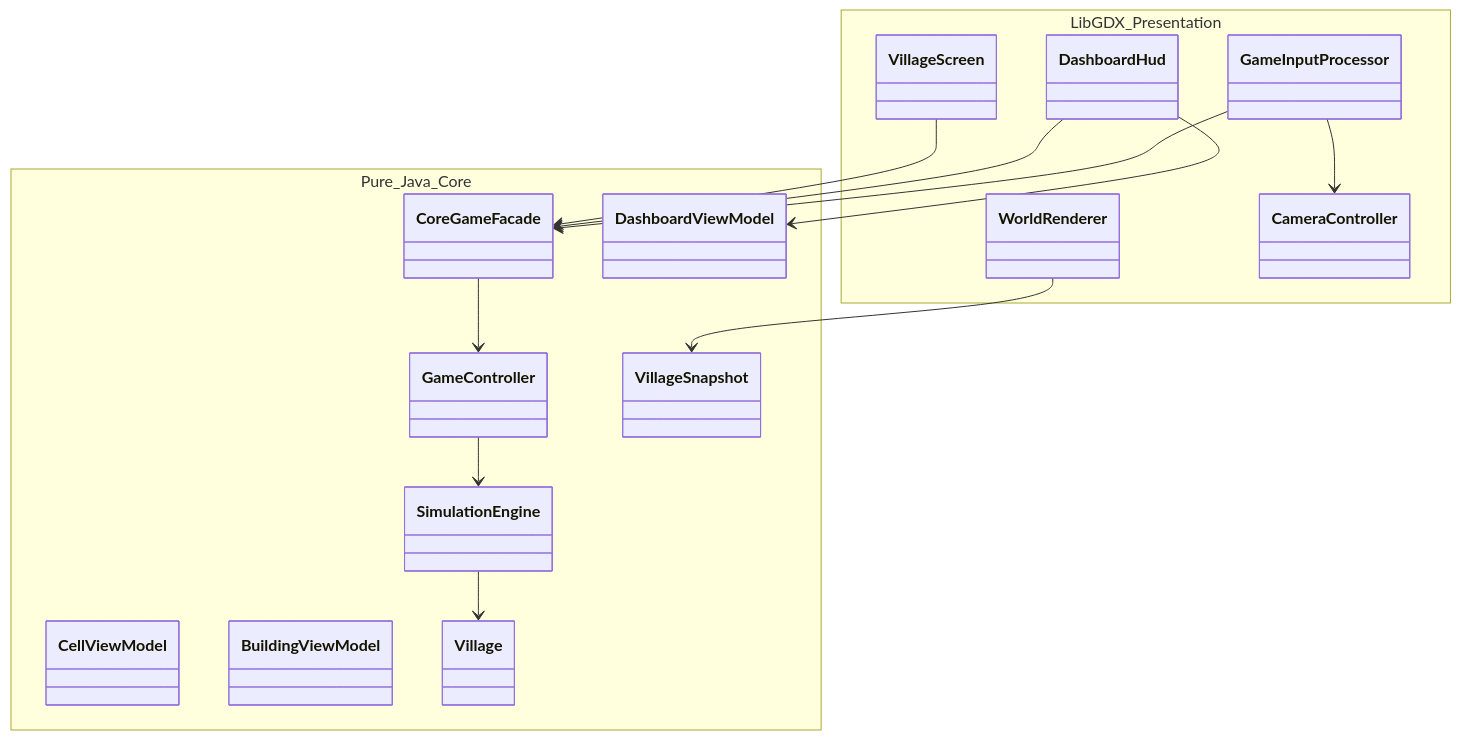
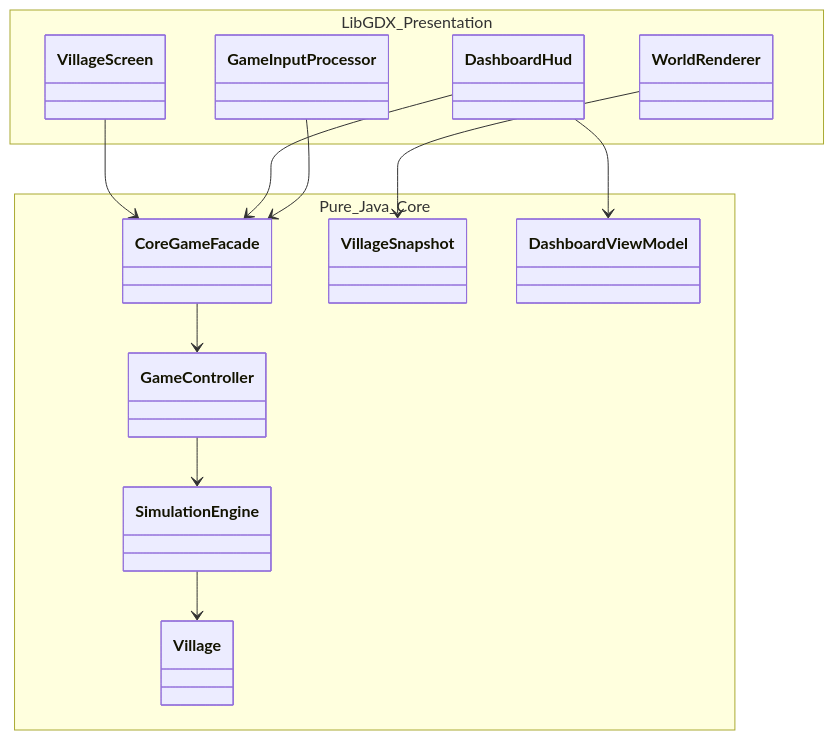
The tenth of 14 diagrams in docs/DesignDocument.md (edope704/DaimyoSimulator), drawn with Mermaid before and after one commit. The commit also changed other lines of this file, not shown here.

````diff
--- a/docs/DesignDocument.md
+++ b/docs/DesignDocument.md
@@ -715,31 +331,25 @@
 ```mermaid
 classDiagram
     namespace Pure_Java_Core {
         class CoreGameFacade
         class GameController
         class VillageSnapshot
-        class CellViewModel
-        class BuildingViewModel
         class DashboardViewModel
         class SimulationEngine
         class Village
     }
-
     namespace LibGDX_Presentation {
         class VillageScreen
         class WorldRenderer
         class DashboardHud
         class GameInputProcessor
-        class CameraController
     }
-
     VillageScreen --> CoreGameFacade
     WorldRenderer --> VillageSnapshot
     DashboardHud --> DashboardViewModel
     DashboardHud --> CoreGameFacade
     GameInputProcessor --> CoreGameFacade
-    GameInputProcessor --> CameraController
     CoreGameFacade --> GameController
     GameController --> SimulationEngine
     SimulationEngine --> Village
 ```
````
